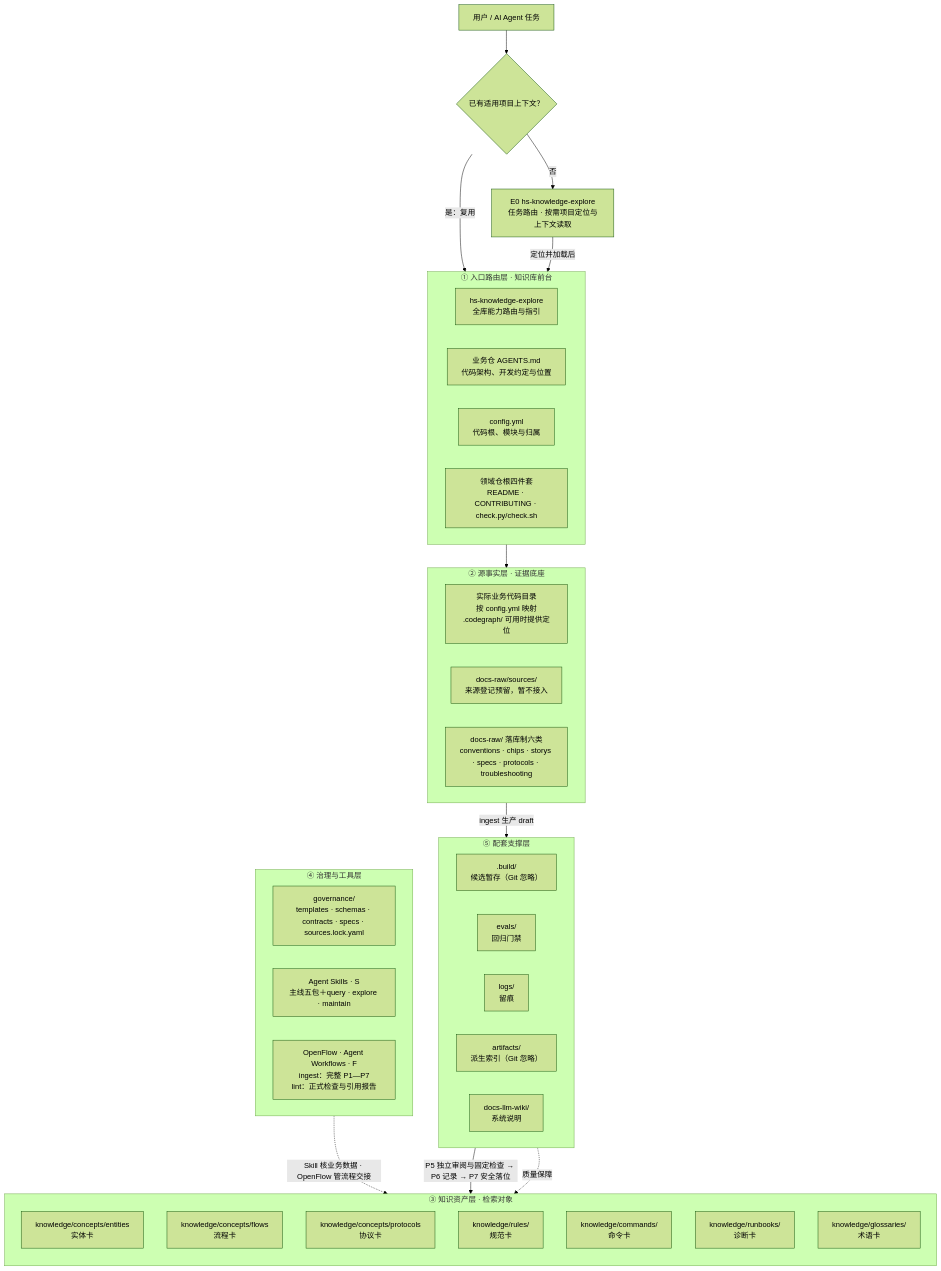
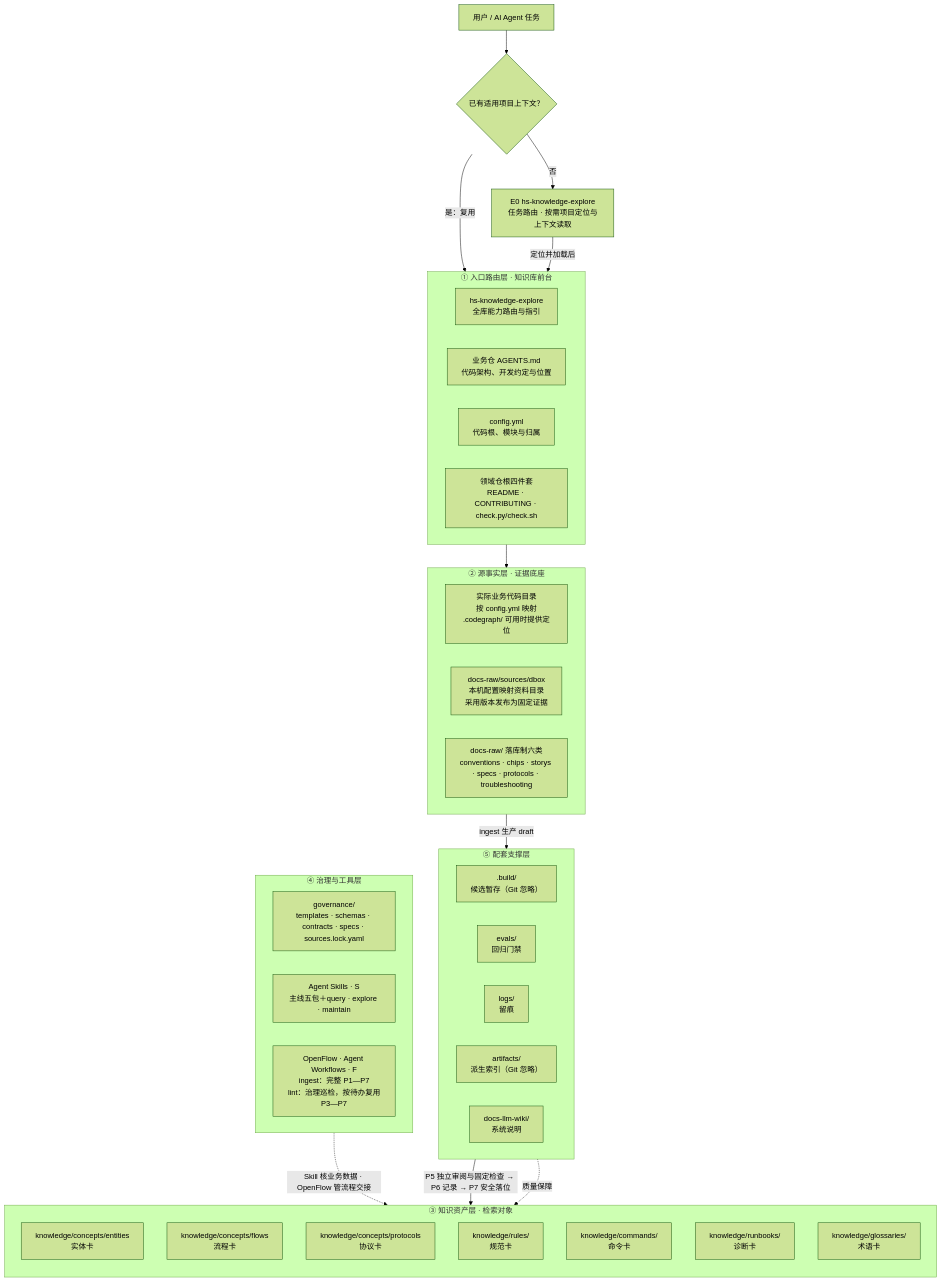
Before and after one commit to Robin-hhc/FactumCore: the first of 9 diagrams in himate-knowledge-wifi-mp/docs-llm-wiki/HiMate知识库架构设计.md, drawn with Mermaid (forest theme). The commit also changed other lines of this file and 52 other files, not shown here.

First line of the commit message:
feat(knowledge): ingest external documents through local dbox mapping

````diff
--- a/himate-knowledge-wifi-mp/docs-llm-wiki/HiMate知识库架构设计.md
+++ b/himate-knowledge-wifi-mp/docs-llm-wiki/HiMate知识库架构设计.md
@@ -124,58 +127,58 @@
 ```mermaid
 flowchart TB
     U["用户 / AI Agent 任务"]
     C0{"已有适用项目上下文？"}
     E0["E0 hs-knowledge-explore<br />任务路由 · 按需项目定位与上下文读取"]
 
     subgraph S1["① 入口路由层 · 知识库前台"]
         direction LR
         A1["hs-knowledge-explore<br />全库能力路由与指引"]
         A2["业务仓 AGENTS.md<br />代码架构、开发约定与位置"]
         A3["config.yml<br />代码根、模块与归属"]
         A4["领域仓根四件套<br />README · CONTRIBUTING · check.py/check.sh"]
     end
 
     subgraph S2["② 源事实层 · 证据底座"]
         direction LR
         B1["实际业务代码目录<br />按 config.yml 映射<br />.codegraph/ 可用时提供定位"]
-        B2["docs-raw/sources/<br />来源登记预留，暂不接入"]
+        B2["docs-raw/sources/dbox<br />本机配置映射资料目录<br />采用版本发布为固定证据"]
         B3["docs-raw/ 落库制六类<br />conventions · chips · storys · specs · protocols · troubleshooting"]
     end
 
     subgraph S3["③ 知识资产层 · 检索对象"]
         direction TB
         C1["knowledge/concepts/entities<br />实体卡"]
         C2["knowledge/concepts/flows<br />流程卡"]
         C3["knowledge/concepts/protocols<br />协议卡"]
         C4["knowledge/rules/<br />规范卡"]
         C5["knowledge/commands/<br />命令卡"]
         C6["knowledge/runbooks/<br />诊断卡"]
         C7["knowledge/glossaries/<br />术语卡"]
     end
 
     subgraph S4["④ 治理与工具层"]
         direction LR
         D1["governance/<br />templates · schemas · contracts · specs · sources.lock.yaml"]
         D2["Agent Skills · S<br />主线五包＋query · explore · maintain"]
-        D3["OpenFlow · Agent Workflows · F<br />ingest：完整 P1—P7<br />lint：正式检查与引用报告"]
+        D3["OpenFlow · Agent Workflows · F<br />ingest：完整 P1—P7<br />lint：治理巡检，按待办复用P3—P7"]
     end
 
     subgraph S5["⑤ 配套支撑层"]
         direction LR
         E1[".build/<br />候选暂存（Git 忽略）"]
         E2["evals/<br />回归门禁"]
         E3["logs/<br />留痕"]
         E4["artifacts/<br />派生索引（Git 忽略）"]
         E5["docs-llm-wiki/<br />系统说明"]
     end
 
     U --> C0
     C0 -->|"是：复用"| S1
     C0 -->|"否"| E0
     E0 -->|"定位并加载后"| S1
     S1 --> S2
     S2 -->|"ingest 生产 draft"| E1
     E1 -->|"P5 独立审阅与固定检查 → P6 记录 → P7 安全落位"| S3
     S4 -.->|"Skill 核业务数据 · OpenFlow 管流程交接"| S3
     S5 -.->|"质量保障"| S3
 ```
````
